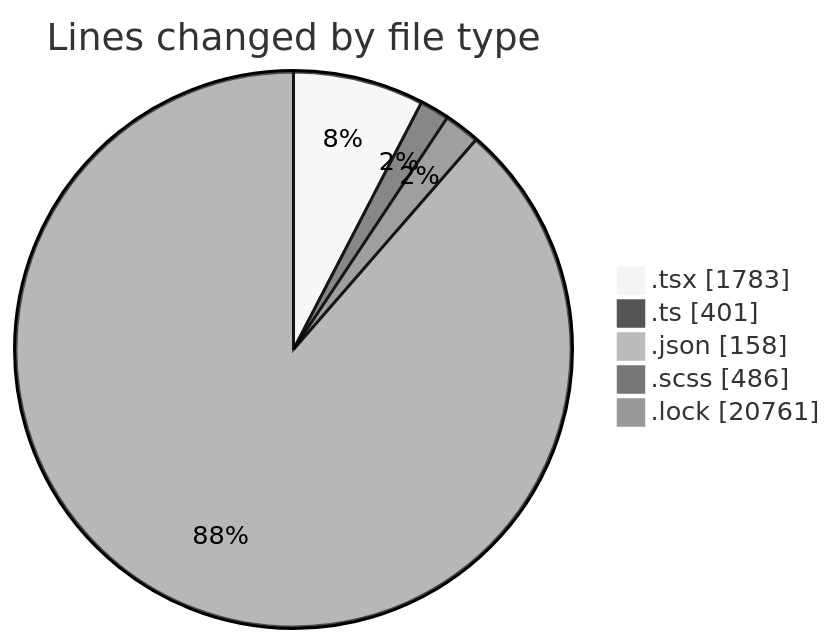
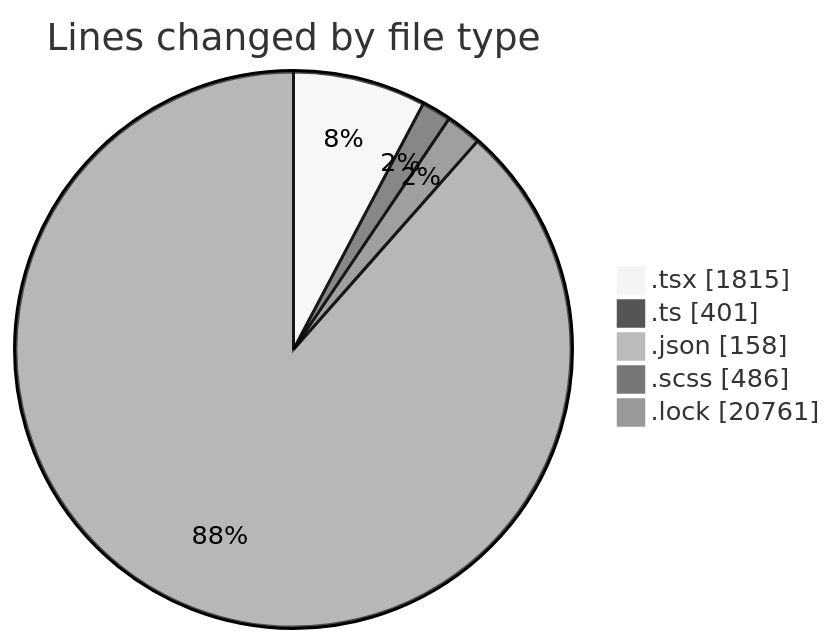
One commit to momahboobian/code-tracking changed the first of 2 diagrams in 2025-04-29/cda/README.md. Above: the diagram before and after it, drawn with Mermaid (neutral theme). The commit also changed other lines of this file and 1 other file, not shown here.

````diff
--- a/2025-04-29/cda/README.md
+++ b/2025-04-29/cda/README.md
@@ -43,9 +43,9 @@
 ```mermaid
 pie showData
 title Lines changed by file type
-".tsx" : 1783
+".tsx" : 1815
 ".ts" : 401
 ".json" : 158
 ".scss" : 486
 ".lock" : 20761
 ```
````
